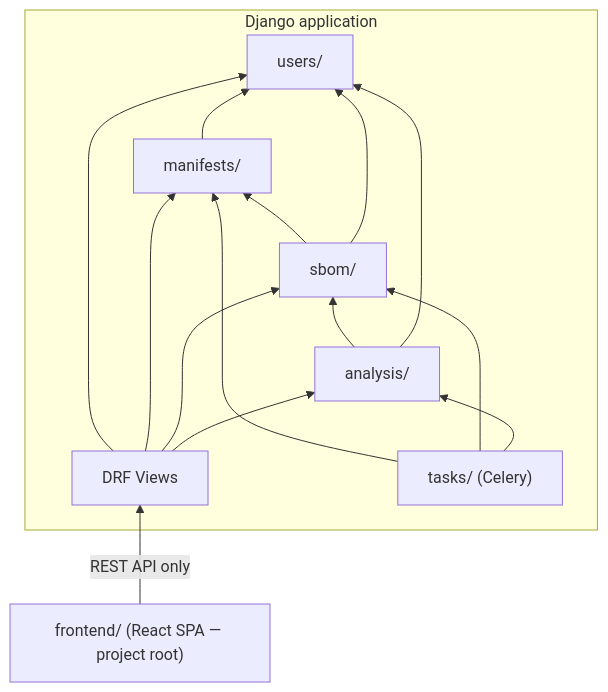
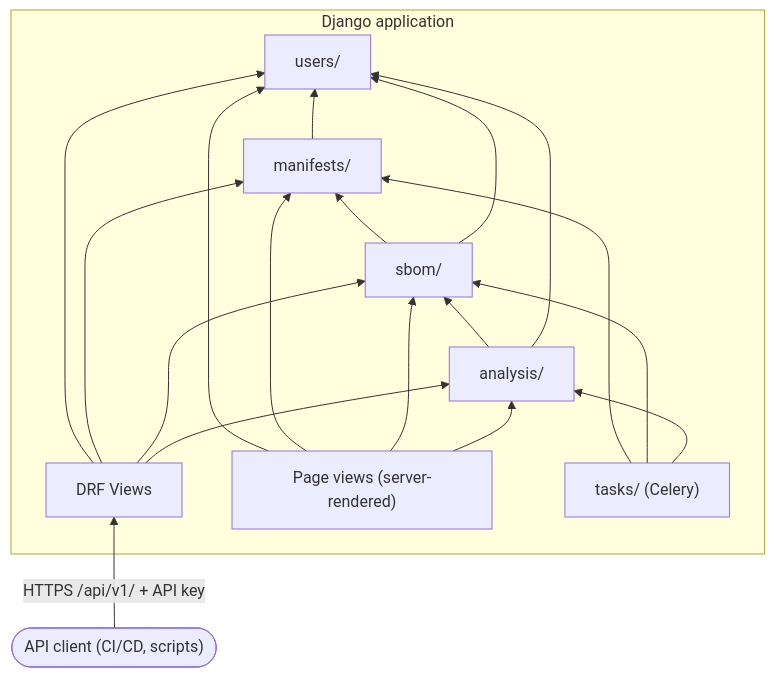
Before and after one commit to millsks/django-python-generate-sbom: the first of 4 diagrams in _bmad-output/planning-artifacts/architecture/architecture-django-python-generate-sbom-2026-07-03/ARCHITECTURE-SPINE.md, drawn with Mermaid. The commit also changed other lines of this file and 4 other files, not shown here.

````diff
--- a/_bmad-output/planning-artifacts/architecture/architecture-django-python-generate-sbom-2026-07-03/ARCHITECTURE-SPINE.md
+++ b/_bmad-output/planning-artifacts/architecture/architecture-django-python-generate-sbom-2026-07-03/ARCHITECTURE-SPINE.md
@@ -147,28 +192,33 @@
 ```mermaid
 graph BT
-    frontend["frontend/ (React SPA — project root)"] -->|"REST API only"| views
+    api_client(["API client (CI/CD, scripts)"]) -->|"HTTPS /api/v1/ + API key"| views
 
     subgraph Django application
+        pages["Page views (server-rendered)"] --> users
+        pages --> manifests
+        pages --> sbom
+        pages --> analysis
+
         views["DRF Views"] --> users
         views --> manifests
         views --> sbom
         views --> analysis
 
         tasks["tasks/ (Celery)"] --> manifests
         tasks --> sbom
         tasks --> analysis
 
         analysis --> sbom
         analysis --> users
 
         sbom --> manifests
         sbom --> users
 
         manifests --> users
 
         users["users/"]
         manifests["manifests/"]
         sbom["sbom/"]
         analysis["analysis/"]
     end
 ```
````
